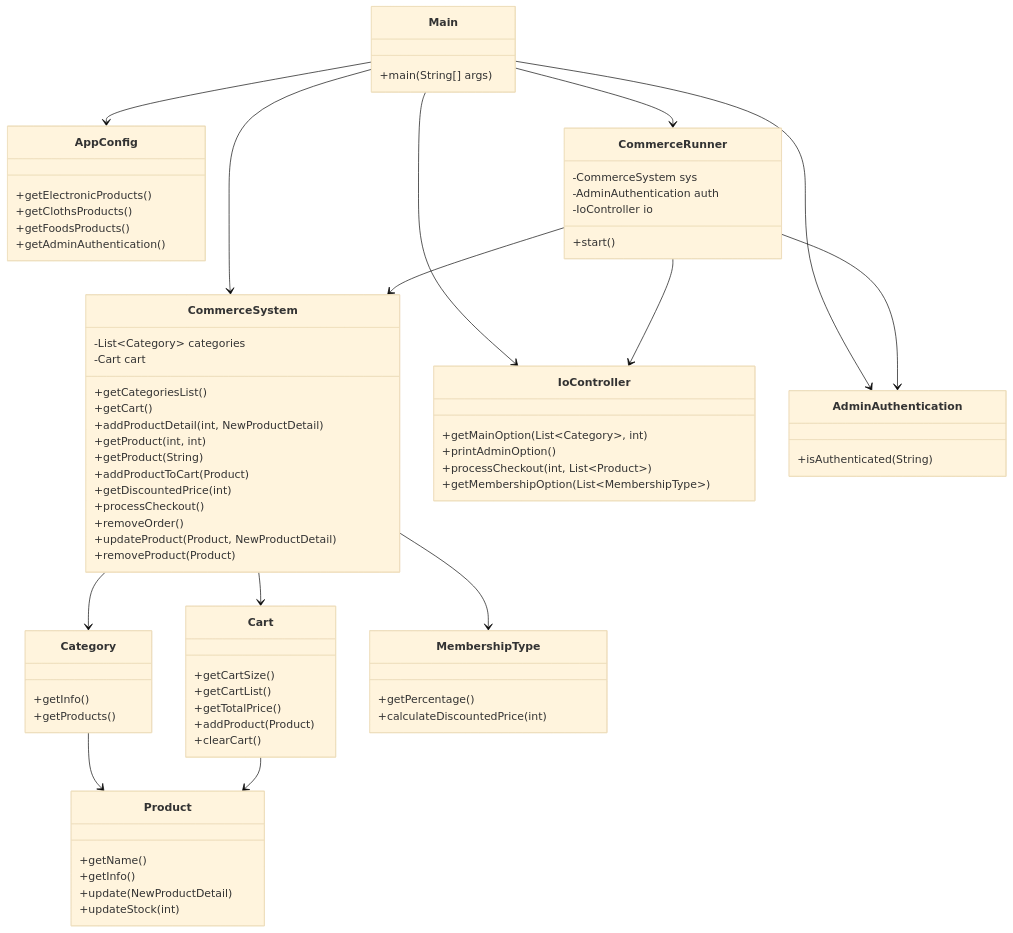
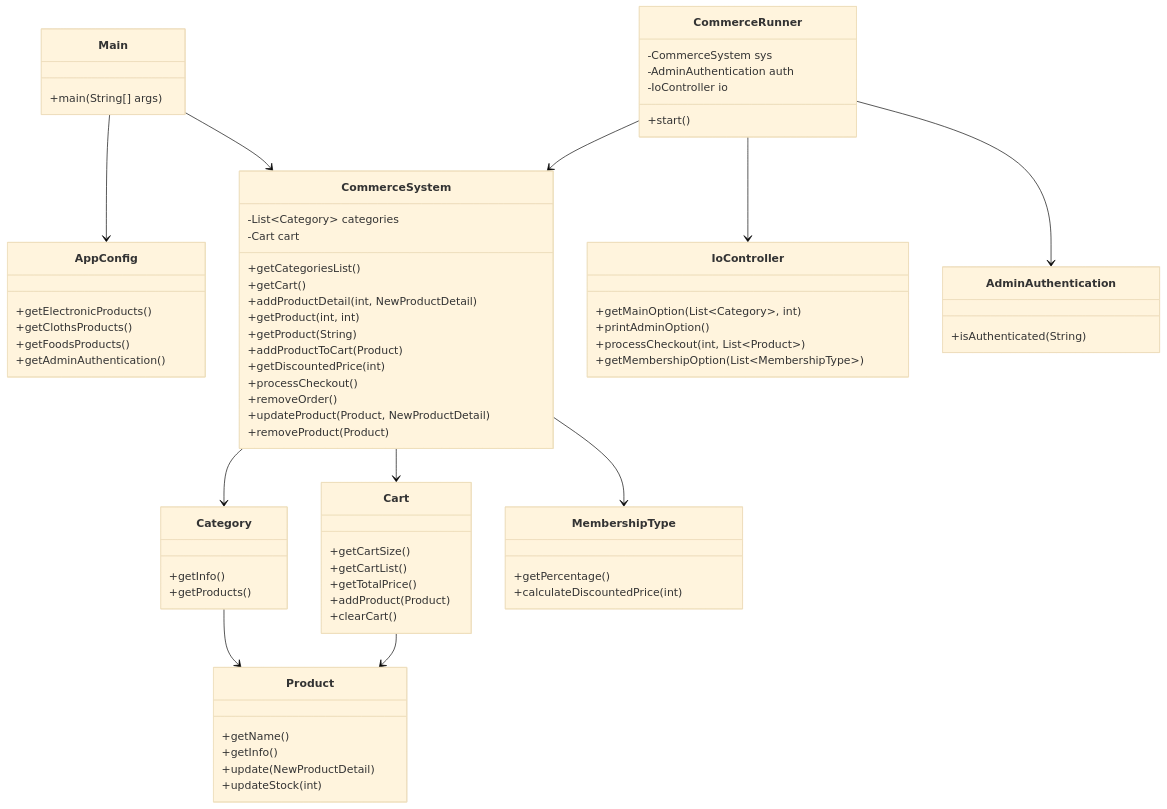
Before and after one commit to Astro-Luminoso/basic-commerce: the diagram in README.md, drawn with Mermaid (base theme).

```diff
--- a/README.md
+++ b/README.md
@@ -130,9 +130,6 @@
 
 	Main --> AppConfig
 	Main --> CommerceSystem
-	Main --> AdminAuthentication
-	Main --> IoController
-	Main --> CommerceRunner
 	CommerceRunner --> CommerceSystem
 	CommerceRunner --> AdminAuthentication
 	CommerceRunner --> IoController
```
